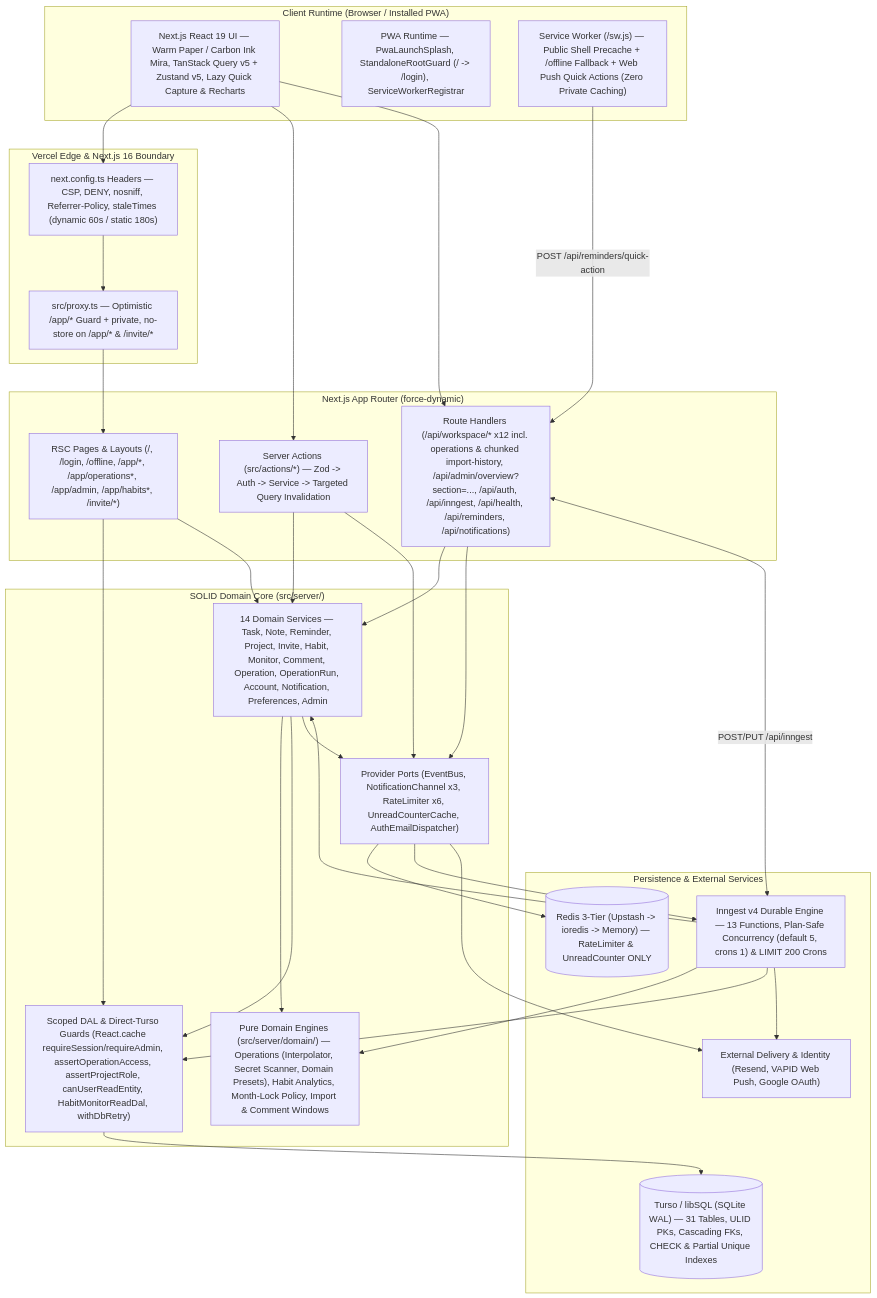
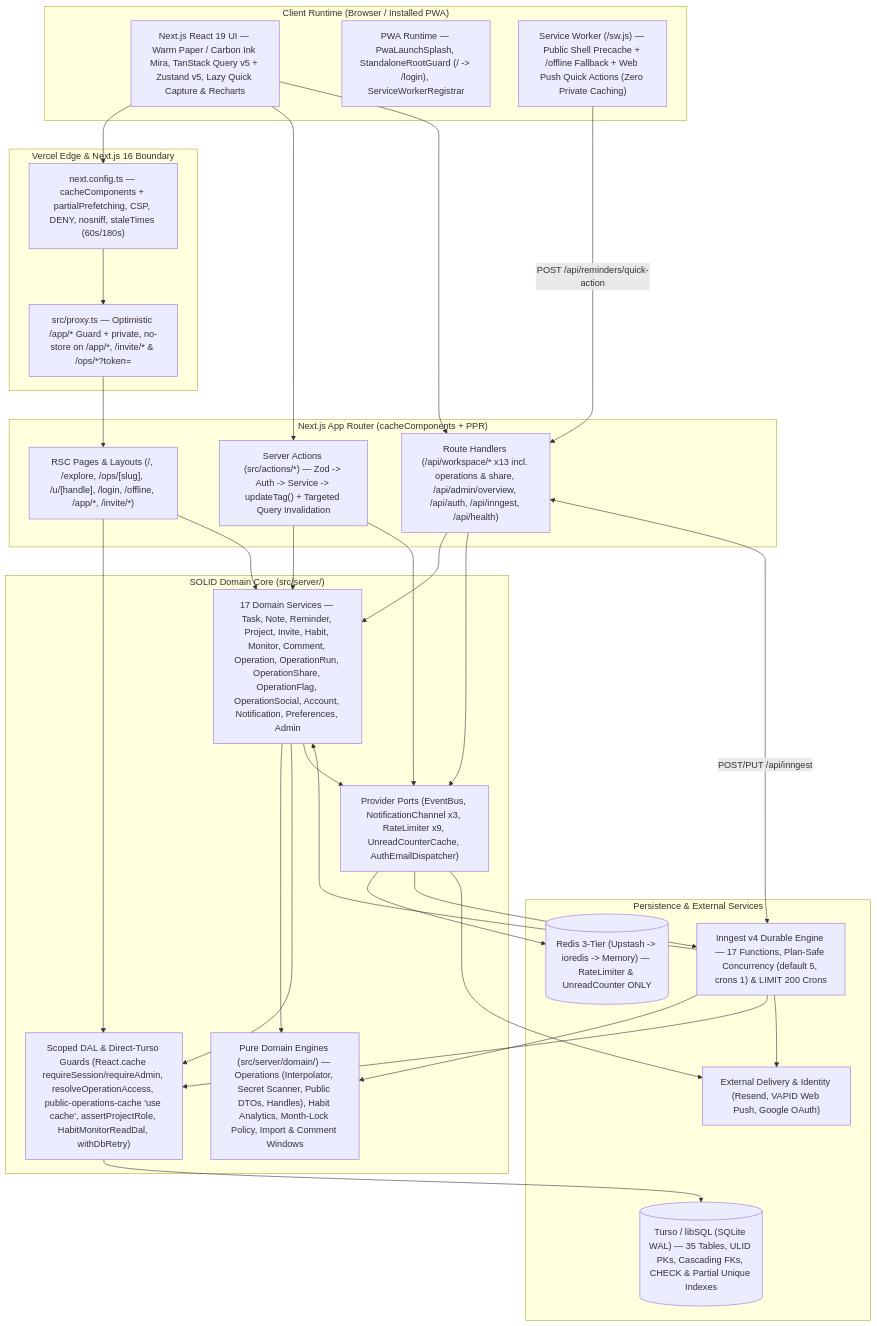
Before and after one commit to Marvin-MM/folio_tracker: the first of 12 diagrams in docs/ARCHITECTURE.md, drawn with Mermaid. The commit also changed other lines of this file and 113 other files, not shown here.

Commit message:
feat(operations): implement Operations Expansion Phase 2 collaboration RBAC, public explore, guest runner & staleness audits

````diff
--- a/docs/ARCHITECTURE.md
+++ b/docs/ARCHITECTURE.md
@@ -11,57 +11,57 @@
 ```mermaid
 flowchart TB
   subgraph Client["Client Runtime (Browser / Installed PWA)"]
     UI["Next.js React 19 UI — Warm Paper / Carbon Ink Mira, TanStack Query v5 + Zustand v5, Lazy Quick Capture & Recharts"]
     PWA["PWA Runtime — PwaLaunchSplash, StandaloneRootGuard (/ -> /login), ServiceWorkerRegistrar"]
     SW["Service Worker (/sw.js) — Public Shell Precache + /offline Fallback + Web Push Quick Actions (Zero Private Caching)"]
   end
 
   subgraph Edge["Vercel Edge & Next.js 16 Boundary"]
-    HDR["next.config.ts Headers — CSP, DENY, nosniff, Referrer-Policy, staleTimes (dynamic 60s / static 180s)"]
-    PRX["src/proxy.ts — Optimistic /app/* Guard + private, no-store on /app/* & /invite/*"]
+    HDR["next.config.ts — cacheComponents + partialPrefetching, CSP, DENY, nosniff, staleTimes (60s/180s)"]
+    PRX["src/proxy.ts — Optimistic /app/* Guard + private, no-store on /app/*, /invite/* & /ops/*?token="]
   end
 
-  subgraph App["Next.js App Router (force-dynamic)"]
-    RSC["RSC Pages & Layouts (/, /login, /offline, /app/*, /app/operations*, /app/admin, /app/habits*, /invite/*)"]
-    ACT["Server Actions (src/actions/*) — Zod -> Auth -> Service -> Targeted Query Invalidation"]
-    API["Route Handlers (/api/workspace/* x12 incl. operations & chunked import-history, /api/admin/overview?section=..., /api/auth, /api/inngest, /api/health, /api/reminders, /api/notifications)"]
+  subgraph App["Next.js App Router (cacheComponents + PPR)"]
+    RSC["RSC Pages & Layouts (/, /explore, /ops/[slug], /u/[handle], /login, /offline, /app/*, /invite/*)"]
+    ACT["Server Actions (src/actions/*) — Zod -> Auth -> Service -> updateTag() + Targeted Query Invalidation"]
+    API["Route Handlers (/api/workspace/* x13 incl. operations & share, /api/admin/overview, /api/auth, /api/inngest, /api/health)"]
   end
 
   subgraph Core["SOLID Domain Core (src/server/)"]
-    DOM["Pure Domain Engines (src/server/domain/) — Operations (Interpolator, Secret Scanner, Domain Presets), Habit Analytics, Month-Lock Policy, Import & Comment Windows"]
-    SVC["14 Domain Services — Task, Note, Reminder, Project, Invite, Habit, Monitor, Comment, Operation, OperationRun, Account, Notification, Preferences, Admin"]
-    DAL["Scoped DAL & Direct-Turso Guards (React.cache requireSession/requireAdmin, assertOperationAccess, assertProjectRole, canUserReadEntity, HabitMonitorReadDal, withDbRetry)"]
-    PRV["Provider Ports (EventBus, NotificationChannel x3, RateLimiter x6, UnreadCounterCache, AuthEmailDispatcher)"]
+    DOM["Pure Domain Engines (src/server/domain/) — Operations (Interpolator, Secret Scanner, Public DTOs, Handles), Habit Analytics, Month-Lock Policy, Import & Comment Windows"]
+    SVC["17 Domain Services — Task, Note, Reminder, Project, Invite, Habit, Monitor, Comment, Operation, OperationRun, OperationShare, OperationFlag, OperationSocial, Account, Notification, Preferences, Admin"]
+    DAL["Scoped DAL & Direct-Turso Guards (React.cache requireSession/requireAdmin, resolveOperationAccess, public-operations-cache 'use cache', assertProjectRole, HabitMonitorReadDal, withDbRetry)"]
+    PRV["Provider Ports (EventBus, NotificationChannel x3, RateLimiter x9, UnreadCounterCache, AuthEmailDispatcher)"]
   end
 
   subgraph Infra["Persistence & External Services"]
-    DB[("Turso / libSQL (SQLite WAL) — 31 Tables, ULID PKs, Cascading FKs, CHECK & Partial Unique Indexes")]
+    DB[("Turso / libSQL (SQLite WAL) — 35 Tables, ULID PKs, Cascading FKs, CHECK & Partial Unique Indexes")]
     RDS[("Redis 3-Tier (Upstash -> ioredis -> Memory) — RateLimiter & UnreadCounter ONLY")]
-    ING["Inngest v4 Durable Engine — 13 Functions, Plan-Safe Concurrency (default 5, crons 1) & LIMIT 200 Crons"]
+    ING["Inngest v4 Durable Engine — 17 Functions, Plan-Safe Concurrency (default 5, crons 1) & LIMIT 200 Crons"]
     EXT["External Delivery & Identity (Resend, VAPID Web Push, Google OAuth)"]
   end
 
   UI --> HDR --> PRX --> RSC
   UI --> ACT
   UI --> API
   SW -->|"POST /api/reminders/quick-action"| API
 
   RSC --> DAL
   RSC --> SVC
   ACT --> SVC
   ACT --> PRV
   API --> SVC
   API --> PRV
   API <-->|"POST/PUT /api/inngest"| ING
 
   SVC --> DOM
   SVC --> DAL --> DB
   SVC --> PRV
   PRV --> RDS
   PRV --> ING
   PRV --> EXT
   ING --> DOM
   ING --> SVC
   ING --> DAL
   ING --> EXT
 ```
````
